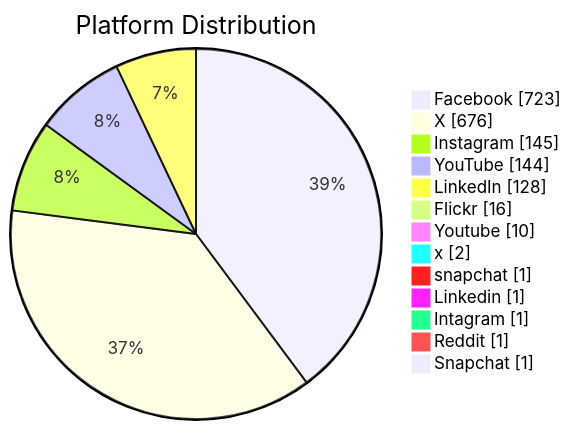
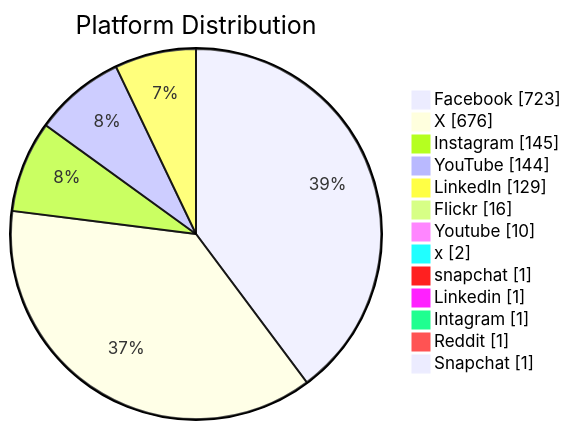
Before and after one commit to PatLittle/GC-Socials: the second of 6 diagrams in README.md, drawn with Mermaid. The commit also changed other lines of this file, not shown here.

Commit message:
Update README with Platform Distribution pie chart

````diff
--- a/README.md
+++ b/README.md
@@ -63,16 +60,16 @@
 ```mermaid
 pie showData title Platform Distribution
     "Facebook": 723
     "X": 676
     "Instagram": 145
     "YouTube": 144
-    "LinkedIn": 128
+    "LinkedIn": 129
     "Flickr": 16
     "Youtube": 10
     "x": 2
     "snapchat": 1
     "Linkedin": 1
     "Intagram": 1
     "Reddit": 1
     "Snapchat": 1
 ```
````
